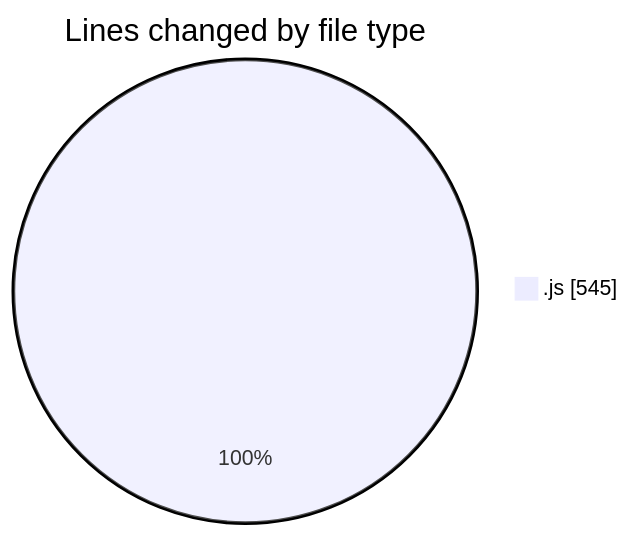
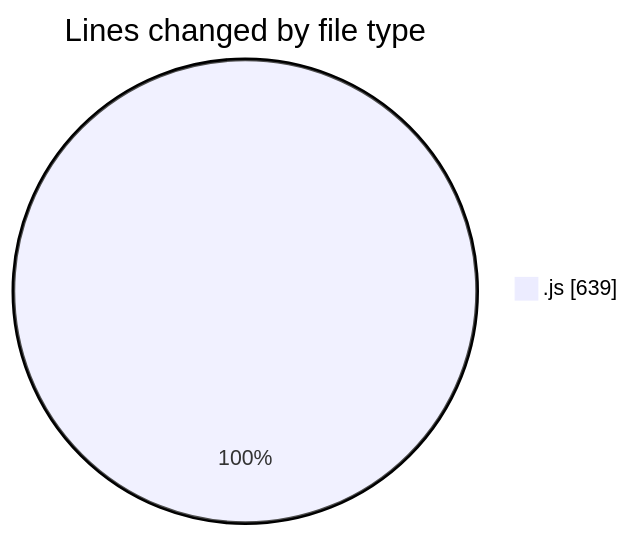
Before and after one commit to nxtqubesakshisongat/code-tracking: the first of 2 diagrams in 2025-07-23/nxtqube_webapp/README.md, drawn with Mermaid. The commit also changed other lines of this file and 1 other file, not shown here.

````diff
--- a/2025-07-23/nxtqube_webapp/README.md
+++ b/2025-07-23/nxtqube_webapp/README.md
@@ -20,5 +20,5 @@
 ```mermaid
 pie showData
 title Lines changed by file type
-".js" : 545
+".js" : 639
 ```
````
